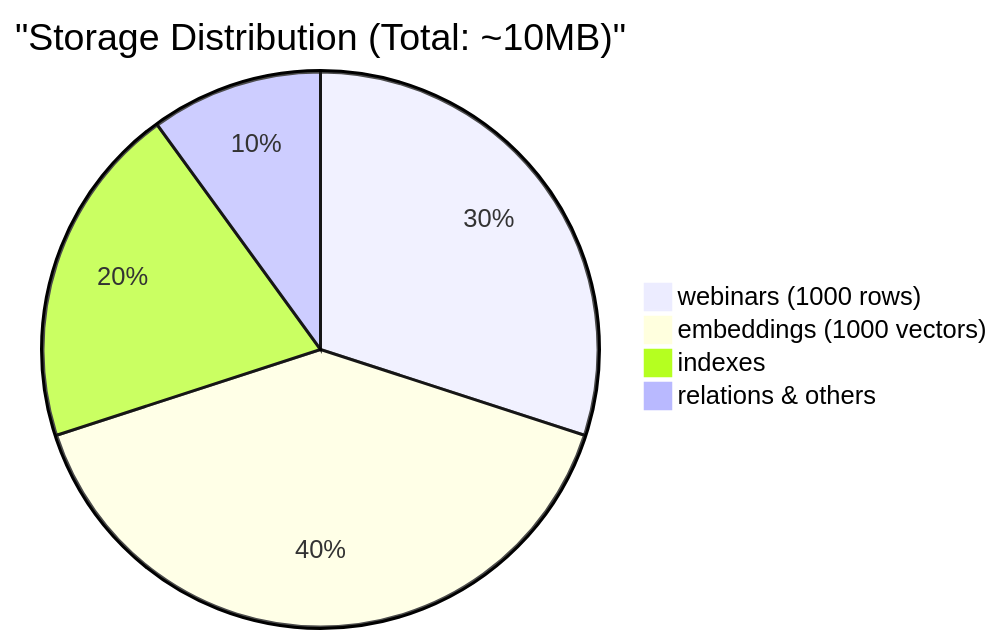
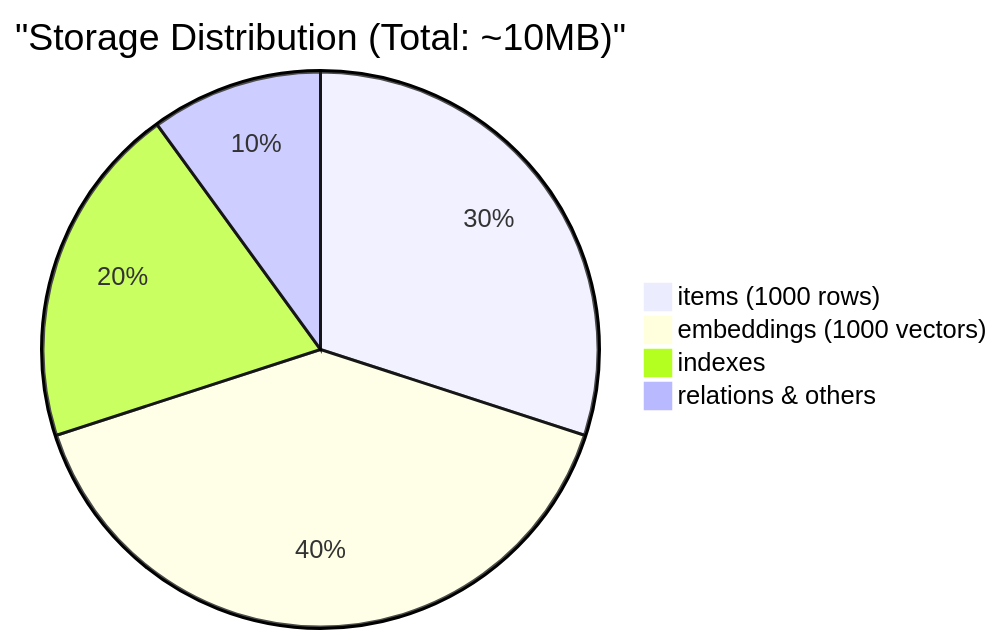
Before and after one commit to x54-studio/hr-search: the fourth of 4 diagrams in docs/03_design/database_erd.md, drawn with Mermaid. The commit also changed other lines of this file and 4 other files, not shown here.

Commit message:
docs: update technical docs for items schema and new API endpoints

````diff
--- a/docs/03_design/database_erd.md
+++ b/docs/03_design/database_erd.md
@@ -145,7 +148,7 @@
 ```mermaid
 pie title "Storage Distribution (Total: ~10MB)"
-    "webinars (1000 rows)" : 3
+    "items (1000 rows)" : 3
     "embeddings (1000 vectors)" : 4
     "indexes" : 2
     "relations & others" : 1
 ```
````
